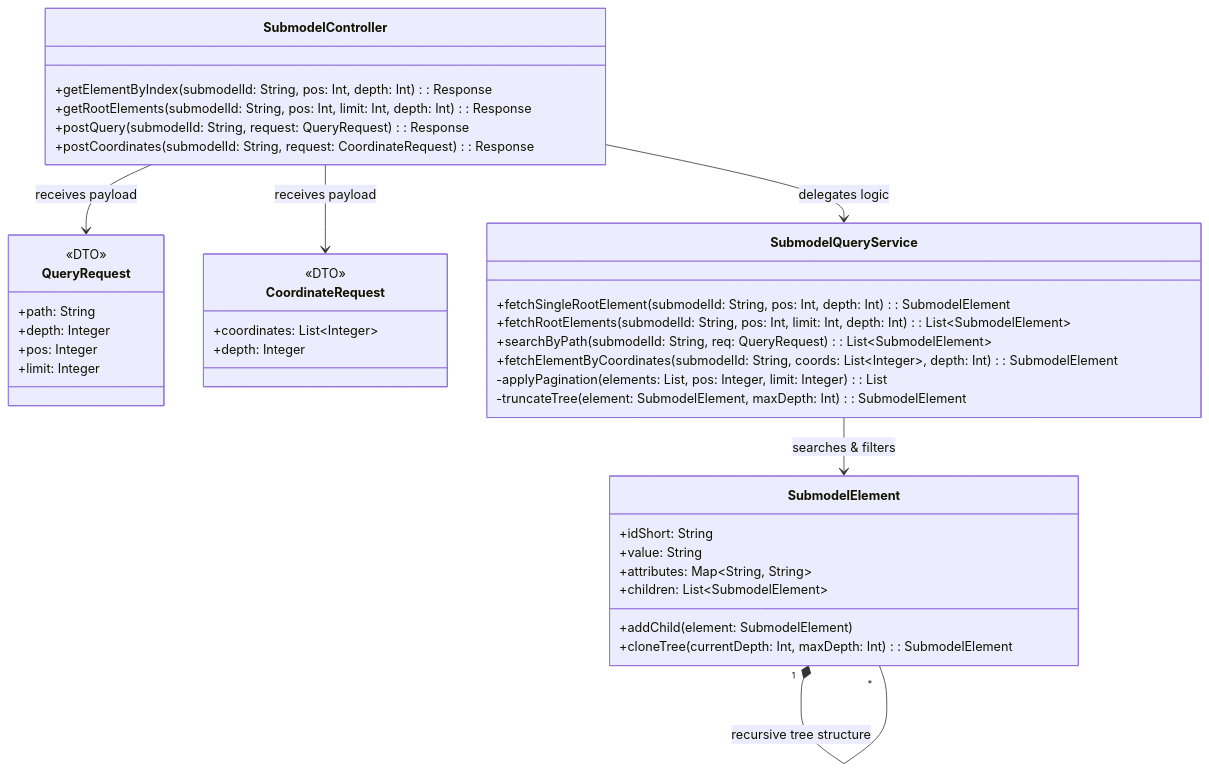
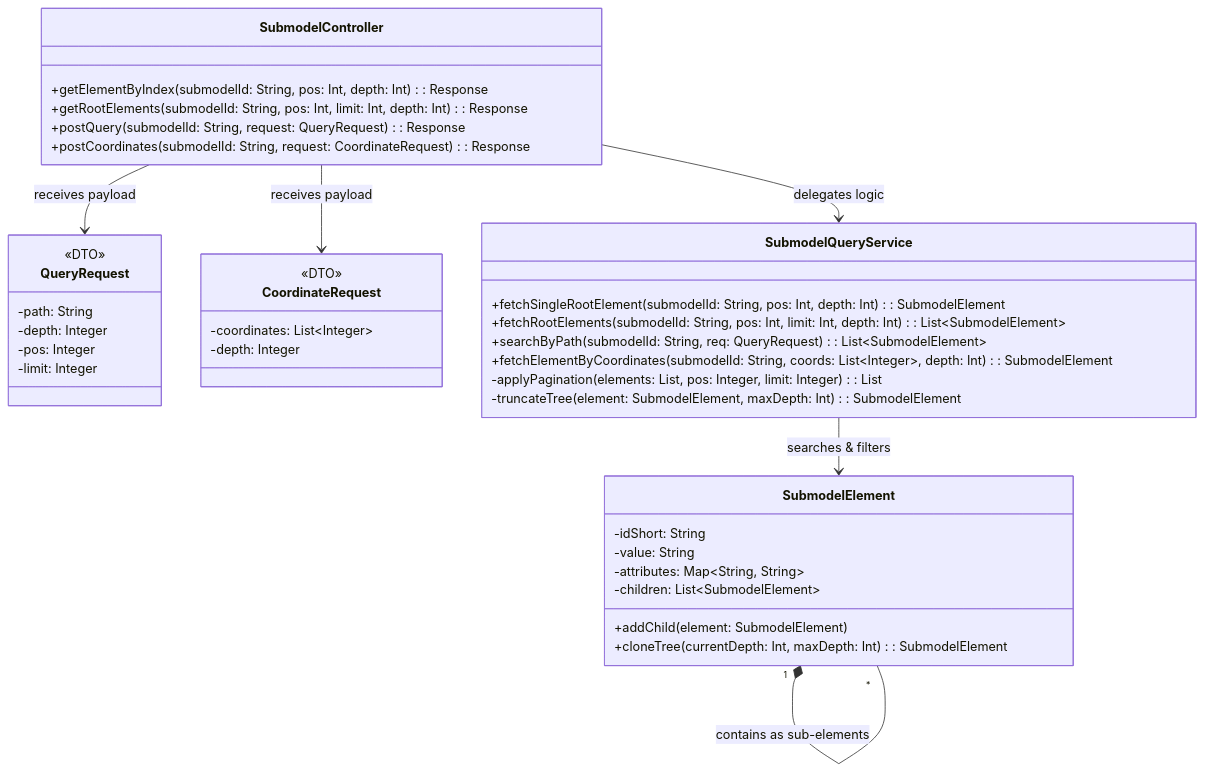
Before and after one commit to DHBW-TINF24F/Team3-Basyx-Editor: the diagram in PROJECT/UC04.md, drawn with Mermaid. The commit also changed other lines of this file, not shown here.

Commit message:
UCO4 Update Classdiagramm

````diff
--- a/PROJECT/UC04.md
+++ b/PROJECT/UC04.md
@@ -126,47 +126,47 @@
 ```mermaid
 classDiagram
     class SubmodelController {
         +getElementByIndex(submodelId: String, pos: Int, depth: Int): Response
         +getRootElements(submodelId: String, pos: Int, limit: Int, depth: Int): Response
         +postQuery(submodelId: String, request: QueryRequest): Response
         +postCoordinates(submodelId: String, request: CoordinateRequest): Response
     }
 
     class QueryRequest {
         <<DTO>>
-        +path: String
-        +depth: Integer
-        +pos: Integer
-        +limit: Integer
+        -path: String
+        -depth: Integer
+        -pos: Integer
+        -limit: Integer
     }
 
     class CoordinateRequest {
         <<DTO>>
-        +coordinates: List~Integer~
-        +depth: Integer
+        -coordinates: List~Integer~
+        -depth: Integer
     }
 
     class SubmodelQueryService {
         +fetchSingleRootElement(submodelId: String, pos: Int, depth: Int): SubmodelElement
         +fetchRootElements(submodelId: String, pos: Int, limit: Int, depth: Int): List~SubmodelElement~
         +searchByPath(submodelId: String, req: QueryRequest): List~SubmodelElement~
         +fetchElementByCoordinates(submodelId: String, coords: List~Integer~, depth: Int): SubmodelElement
         -applyPagination(elements: List, pos: Integer, limit: Integer): List
         -truncateTree(element: SubmodelElement, maxDepth: Int): SubmodelElement
     }
 
     class SubmodelElement {
-        +idShort: String
-        +value: String
-        +attributes: Map~String, String~
-        +children: List~SubmodelElement~
+        -idShort: String
+        -value: String
+        -attributes: Map~String, String~
+        -children: List~SubmodelElement~
         +addChild(element: SubmodelElement)
         +cloneTree(currentDepth: Int, maxDepth: Int): SubmodelElement
     }
 
     SubmodelController --> QueryRequest : receives payload
     SubmodelController --> CoordinateRequest : receives payload
     SubmodelController --> SubmodelQueryService : delegates logic
     SubmodelQueryService --> SubmodelElement : searches & filters
-    SubmodelElement "1" *-- "*" SubmodelElement : recursive tree structure
+     SubmodelElement "1" *-- "*" SubmodelElement : contains as sub-elements
 ```
````
